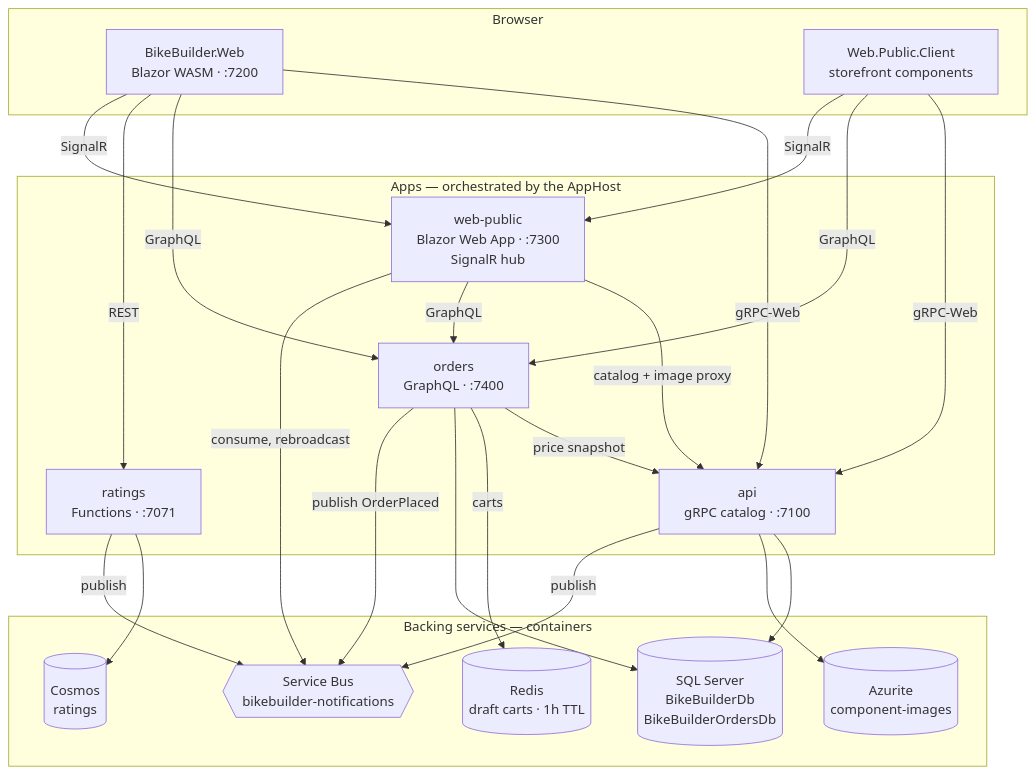
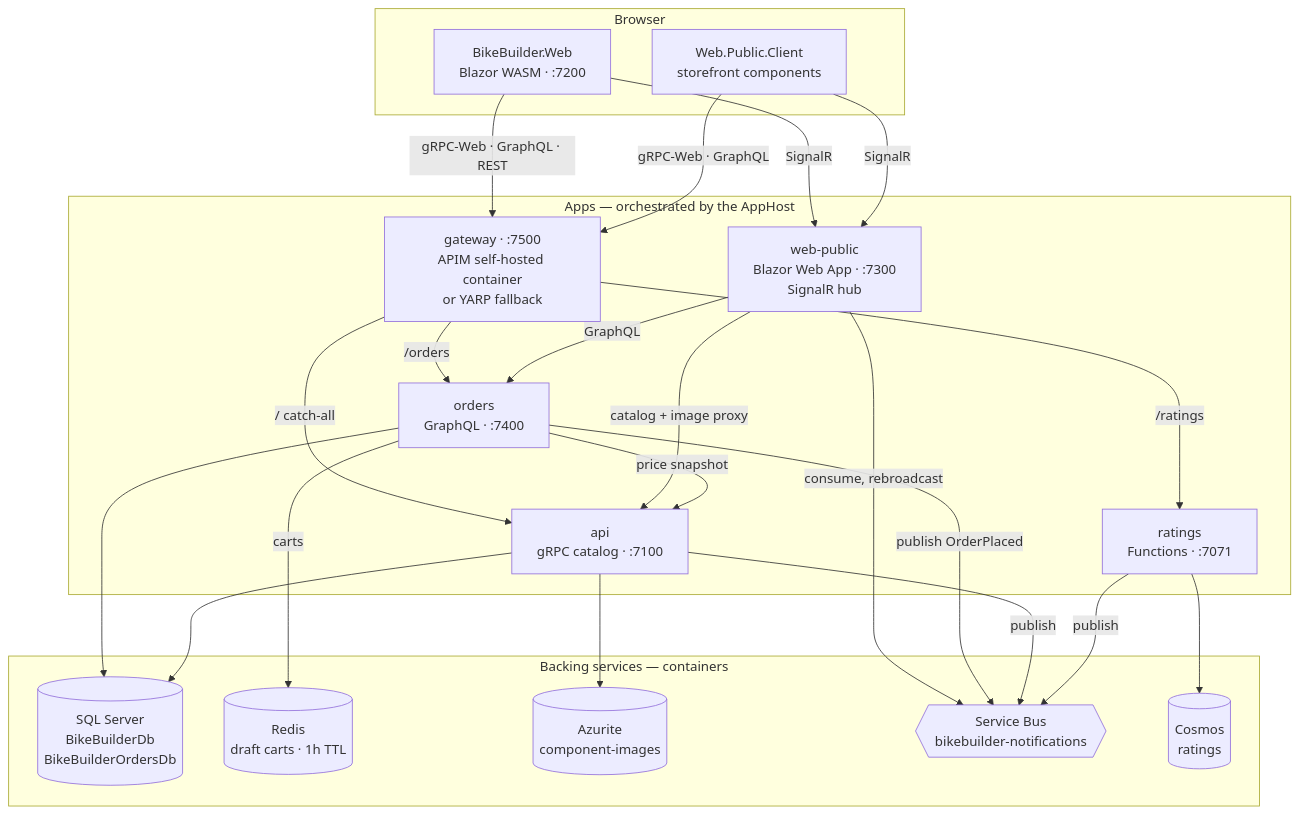
One commit to nickshepherd1983/BikeBuilderAspire changed the first of 2 diagrams in README.md. Above: the diagram before and after it, drawn with Mermaid. The commit also changed other lines of this file and 25 other files, not shown here.

````diff
--- a/README.md
+++ b/README.md
@@ -33,43 +34,45 @@
 ```mermaid
 flowchart TB
     subgraph browser["Browser"]
         web["BikeBuilder.Web<br/>Blazor WASM · :7200"]
         client["Web.Public.Client<br/>storefront components"]
     end
 
     subgraph apps["Apps — orchestrated by the AppHost"]
+        gateway["gateway · :7500<br/>APIM self-hosted container<br/>or YARP fallback"]
         webpublic["web-public<br/>Blazor Web App · :7300<br/>SignalR hub"]
         orders["orders<br/>GraphQL · :7400"]
         api["api<br/>gRPC catalog · :7100"]
         ratings["ratings<br/>Functions · :7071"]
     end
 
     subgraph backing["Backing services — containers"]
         sql[("SQL Server<br/>BikeBuilderDb<br/>BikeBuilderOrdersDb")]
         redis[("Redis<br/>draft carts · 1h TTL")]
         blob[("Azurite<br/>component-images")]
         bus{{"Service Bus<br/>bikebuilder-notifications"}}
         cosmos[("Cosmos<br/>ratings")]
     end
 
-    web -->|gRPC-Web| api
-    web -->|GraphQL| orders
-    web -->|REST| ratings
+    web -->|gRPC-Web · GraphQL · REST| gateway
     web -->|SignalR| webpublic
-    client -->|gRPC-Web| api
-    client -->|GraphQL| orders
+    client -->|gRPC-Web · GraphQL| gateway
     client -->|SignalR| webpublic
+
+    gateway -->|/ catch-all| api
+    gateway -->|/orders| orders
+    gateway -->|/ratings| ratings
 
     webpublic -->|catalog + image proxy| api
     webpublic -->|GraphQL| orders
     webpublic -->|consume, rebroadcast| bus
     orders -->|price snapshot| api
     orders -->|carts| redis
     orders --> sql
     orders -->|publish OrderPlaced| bus
     api --> sql
     api --> blob
     api -->|publish| bus
     ratings --> cosmos
     ratings -->|publish| bus
 ```
````
